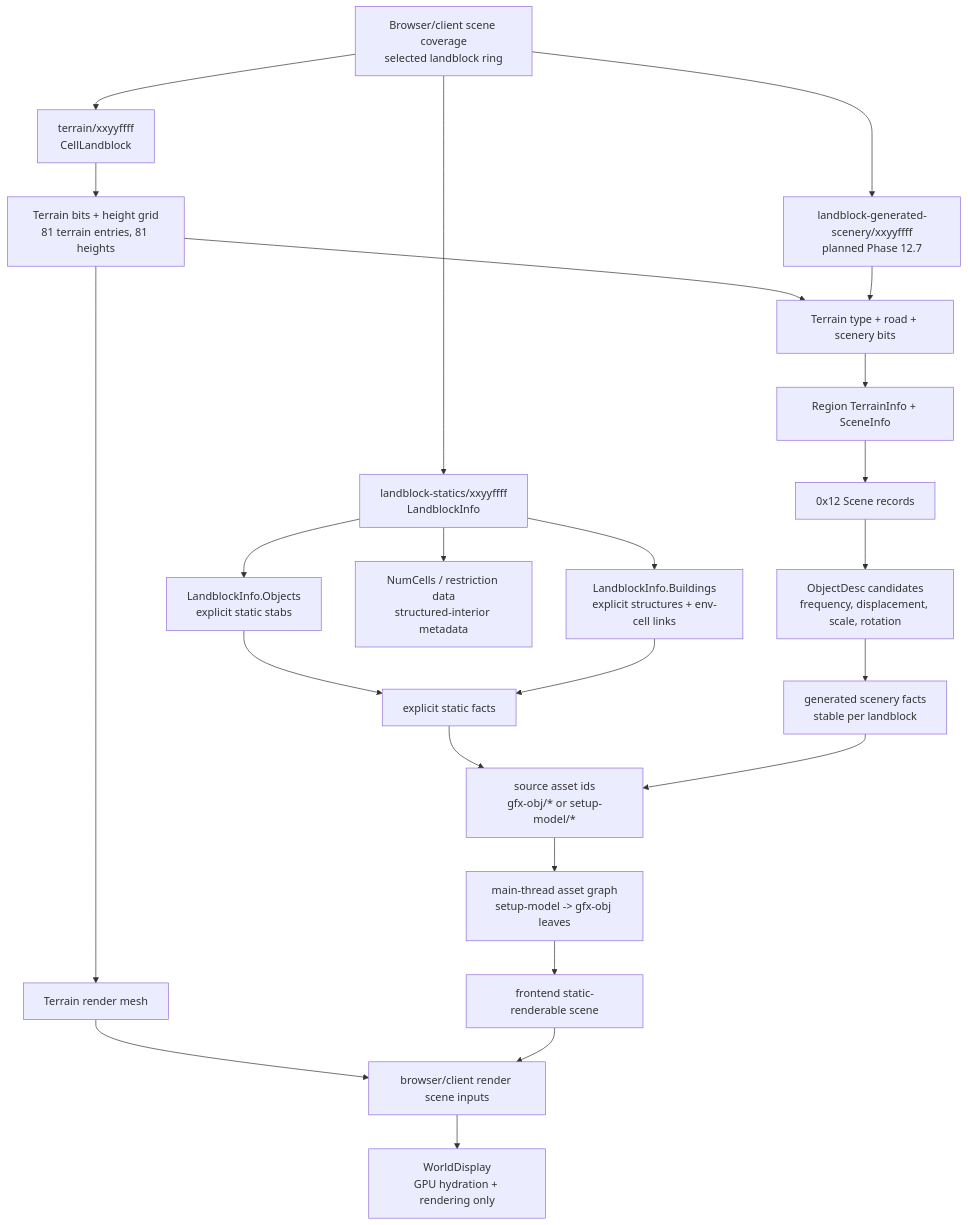
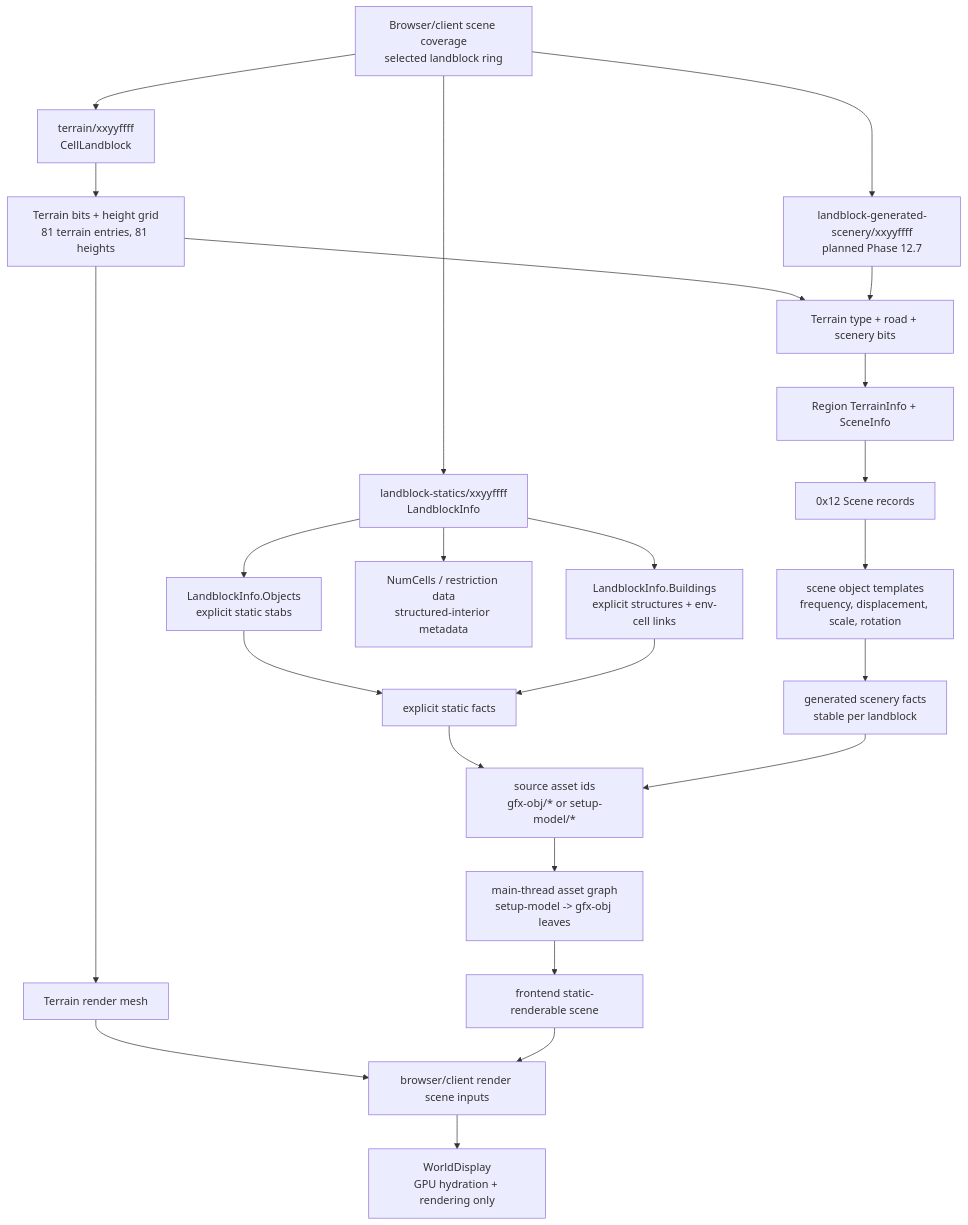
Before and after one commit to merklejerk/holtburger: the first of 9 diagrams in docs/plans/holtburger-3d-scoping-plan.md, drawn with Mermaid. The commit also changed other lines of this file and 3 other files, not shown here.

````diff
--- a/docs/plans/holtburger-3d-scoping-plan.md
+++ b/docs/plans/holtburger-3d-scoping-plan.md
@@ -80,36 +81,36 @@
 ```mermaid
 flowchart TD
     Coverage["Browser/client scene coverage<br/>selected landblock ring"]
     TerrainAsset["terrain/xxyyffff<br/>CellLandblock"]
     StaticAsset["landblock-statics/xxyyffff<br/>LandblockInfo"]
     GeneratedAsset["landblock-generated-scenery/xxyyffff<br/>planned Phase 12.7"]
 
     Coverage --> TerrainAsset
     Coverage --> StaticAsset
     Coverage --> GeneratedAsset
 
     TerrainAsset --> TerrainGrid["Terrain bits + height grid<br/>81 terrain entries, 81 heights"]
     TerrainGrid --> TerrainMesh["Terrain render mesh"]
     TerrainGrid --> TerrainSceneBits["Terrain type + road + scenery bits"]
 
     StaticAsset --> Objects["LandblockInfo.Objects<br/>explicit static stabs"]
     StaticAsset --> Buildings["LandblockInfo.Buildings<br/>explicit structures + env-cell links"]
     StaticAsset --> EnvCellCount["NumCells / restriction data<br/>structured-interior metadata"]
 
     GeneratedAsset --> TerrainSceneBits
     TerrainSceneBits --> RegionTables["Region TerrainInfo + SceneInfo"]
     RegionTables --> SceneRecords["0x12 Scene records"]
-    SceneRecords --> ObjectDesc["ObjectDesc candidates<br/>frequency, displacement, scale, rotation"]
-    ObjectDesc --> GeneratedFacts["generated scenery facts<br/>stable per landblock"]
+    SceneRecords --> SceneObjectTemplates["scene object templates<br/>frequency, displacement, scale, rotation"]
+    SceneObjectTemplates --> GeneratedFacts["generated scenery facts<br/>stable per landblock"]
 
     Objects --> StaticFacts["explicit static facts"]
     Buildings --> StaticFacts
 
     StaticFacts --> SourceAssets["source asset ids<br/>gfx-obj/* or setup-model/*"]
     GeneratedFacts --> SourceAssets
     SourceAssets --> AssetGraph["main-thread asset graph<br/>setup-model -> gfx-obj leaves"]
     AssetGraph --> StaticRenderables["frontend static-renderable scene"]
     TerrainMesh --> RenderScene["browser/client render scene inputs"]
     StaticRenderables --> RenderScene
     RenderScene --> WorldDisplay["WorldDisplay<br/>GPU hydration + rendering only"]
 ```
````
